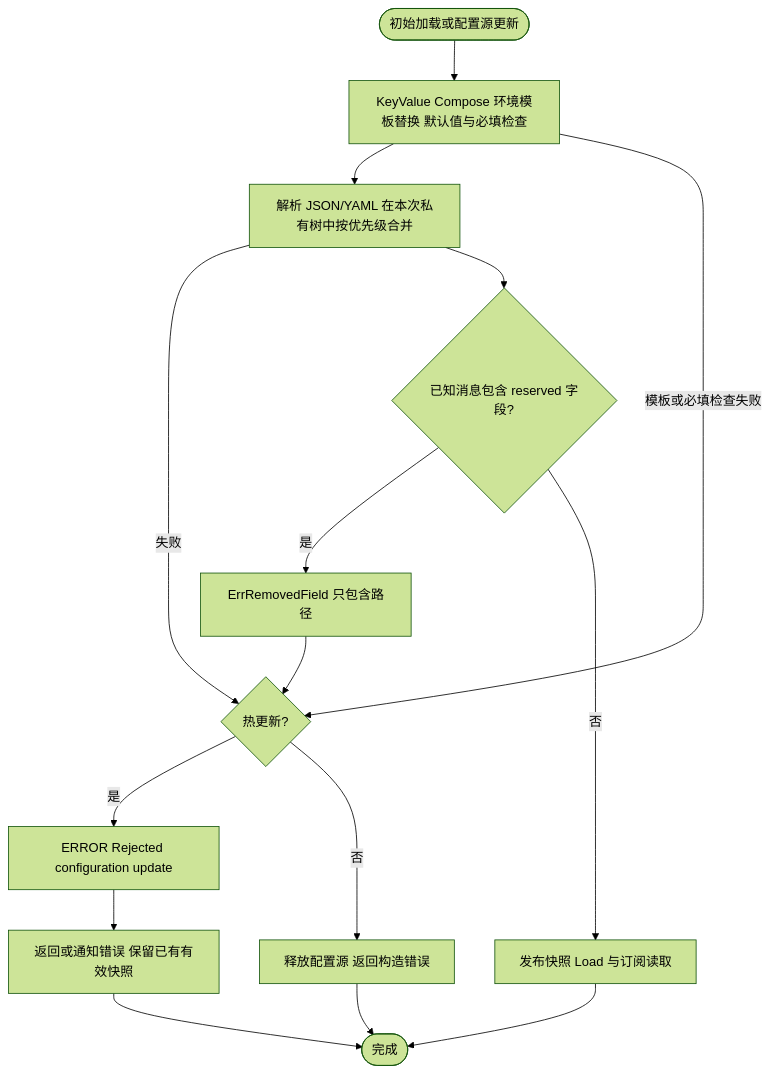
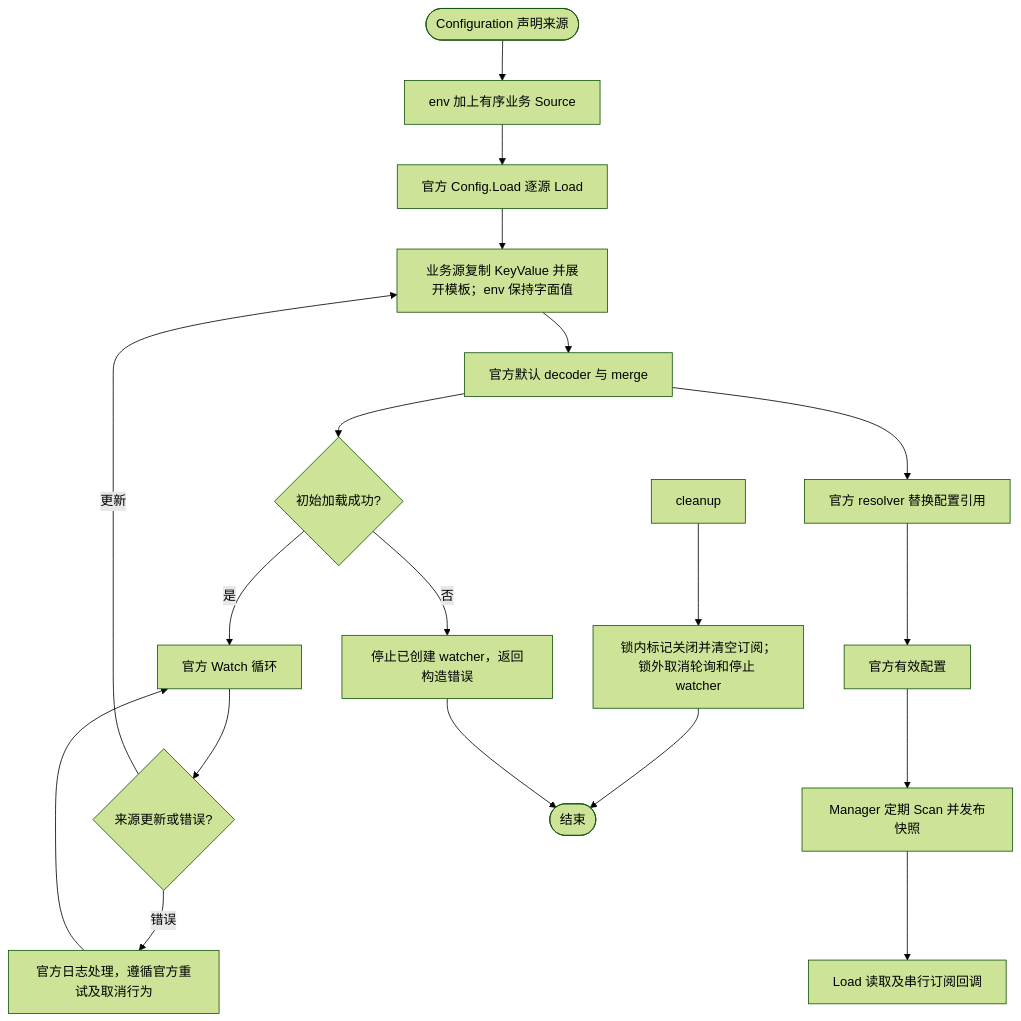
Before and after one commit to jaggerzhuang1994/kratos-foundation: the first of 3 diagrams in pkg/config/README.md, drawn with Mermaid (forest theme). The commit also changed other lines of this file and 290 other files, not shown here.

````diff
--- a/pkg/config/README.md
+++ b/pkg/config/README.md
@@ -52,18 +26,21 @@
 ```mermaid
 flowchart TD
-    A([初始加载或配置源更新]) --> V[KeyValue Compose 环境模板替换 默认值与必填检查]
-    V --> B[解析 JSON/YAML 在本次私有树中按优先级合并]
-    V -- 模板或必填检查失败 --> F
-    B -- 失败 --> F
-    E[返回或通知错误 保留已有有效快照]
-    B --> C{已知消息包含 reserved 字段?}
-    C -- 是 --> D[ErrRemovedField 只包含路径]
-    D --> F{热更新?}
-    F -- 是 --> L[ERROR Rejected configuration update]
-    L --> E
-    F -- 否 --> K[释放配置源 返回构造错误]
-    C -- 否 --> G[发布快照 Load 与订阅读取]
-    G --> H([完成])
-    E --> H
-    K --> H
+ A([Configuration 声明来源]) --> B[env 加上有序业务 Source]
+ B --> C[官方 Config.Load 逐源 Load]
+ C --> D[业务源复制 KeyValue 并展开模板；env 保持字面值]
+ D --> E[官方默认 decoder 与 merge]
+ E --> F{初始加载成功?}
+ F -- 否 --> X[停止已创建 watcher，返回构造错误]
+ F -- 是 --> G[官方 Watch 循环]
+ G --> H{来源更新或错误?}
+ H -- 更新 --> D
+ H -- 错误 --> I[官方日志处理，遵循官方重试及取消行为]
+ I --> G
+ E --> R[官方 resolver 替换配置引用]
+ R --> J[官方有效配置]
+ J --> P[Manager 定期 Scan 并发布快照]
+ P --> Q[Load 读取及串行订阅回调]
+ K[cleanup] --> L[锁内标记关闭并清空订阅；锁外取消轮询和停止 watcher]
+ L --> Z([结束])
+ X --> Z
 ```
````
